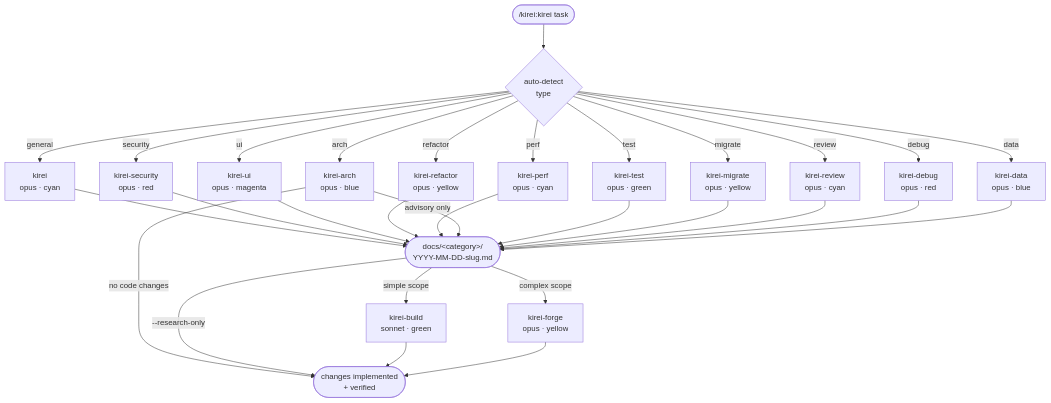
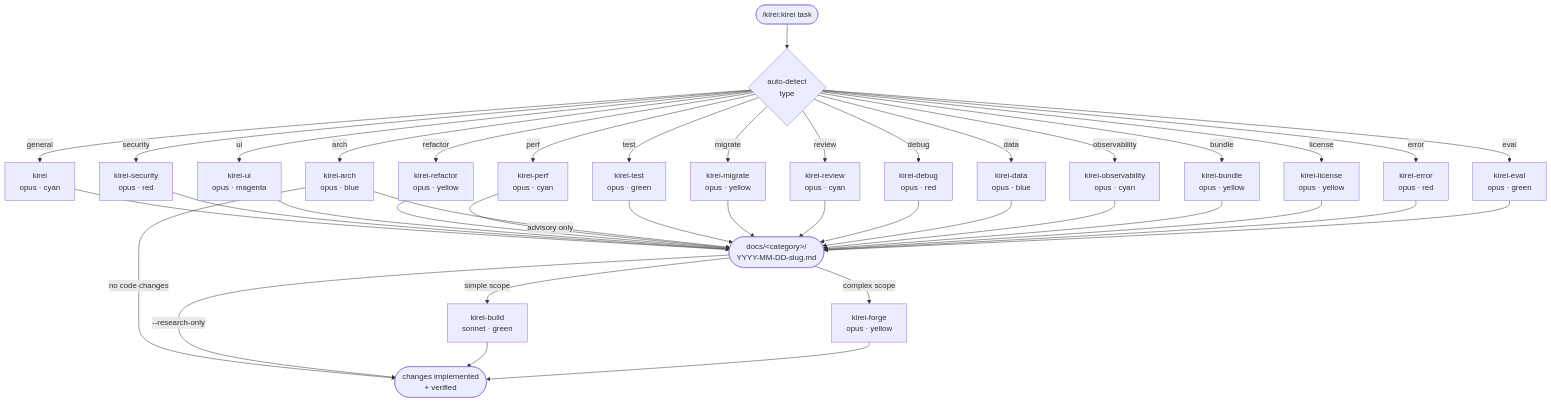
Before and after one commit to Shironex/kirei: the first of 3 diagrams in README.md, drawn with Mermaid. The commit also changed other lines of this file and 9 other files, not shown here.

````diff
--- a/README.md
+++ b/README.md
@@ -69,40 +76,50 @@
 ```mermaid
 flowchart TD
     skill(["/kirei:kirei task"])
 
     skill --> detect{auto-detect\ntype}
 
     detect -->|general| kirei[kirei\nopus · cyan]
     detect -->|security| sec[kirei-security\nopus · red]
     detect -->|ui| ui[kirei-ui\nopus · magenta]
     detect -->|refactor| ref[kirei-refactor\nopus · yellow]
     detect -->|perf| perf[kirei-perf\nopus · cyan]
     detect -->|arch| arch[kirei-arch\nopus · blue]
     detect -->|test| test[kirei-test\nopus · green]
     detect -->|migrate| mig[kirei-migrate\nopus · yellow]
     detect -->|review| rev[kirei-review\nopus · cyan]
     detect -->|debug| dbg[kirei-debug\nopus · red]
     detect -->|data| data[kirei-data\nopus · blue]
+    detect -->|observability| obs[kirei-observability\nopus · cyan]
+    detect -->|bundle| bun[kirei-bundle\nopus · yellow]
+    detect -->|license| lic[kirei-license\nopus · yellow]
+    detect -->|error| err[kirei-error\nopus · red]
+    detect -->|eval| ev[kirei-eval\nopus · green]
 
     kirei --> findings
     sec --> findings
     ui --> findings
     ref --> findings
     perf --> findings
     arch -->|advisory only| findings
     test --> findings
     mig --> findings
     rev --> findings
     dbg --> findings
     data --> findings
+    obs --> findings
+    bun --> findings
+    lic --> findings
+    err --> findings
+    ev --> findings
 
     findings([docs/&lt;category&gt;/\nYYYY-MM-DD-slug.md])
 
     findings -->|simple scope| build[kirei-build\nsonnet · green]
     findings -->|complex scope| forge[kirei-forge\nopus · yellow]
     arch -->|no code changes| done
     findings -->|--research-only| done
 
     build --> done([changes implemented\n+ verified])
     forge --> done
 ```
````
